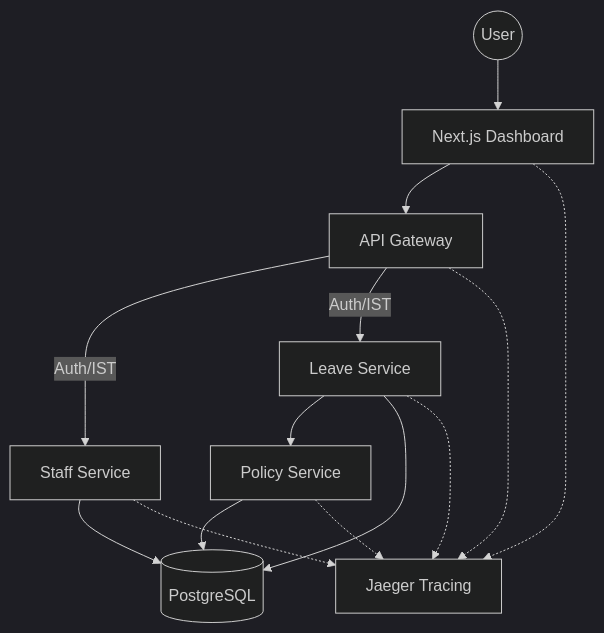
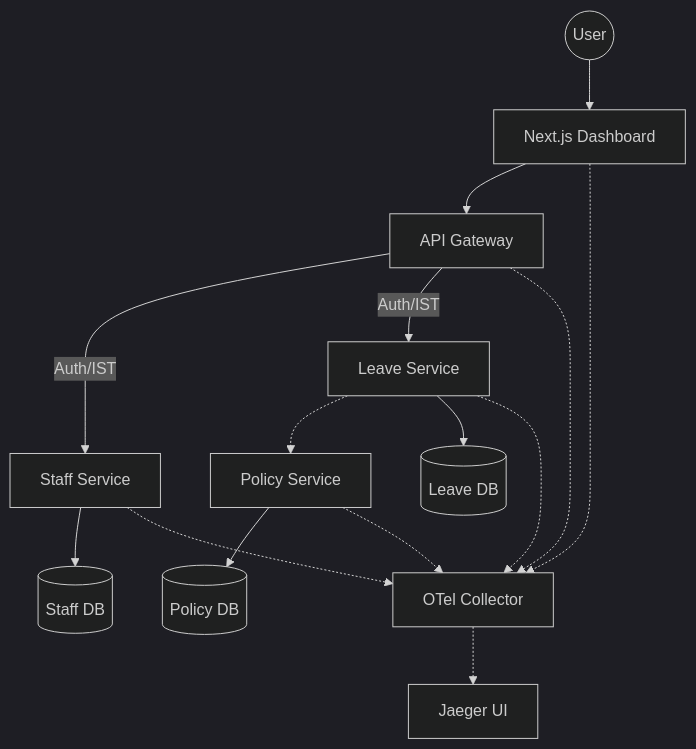
The diagram in README.md (democryst/leave-management), drawn with Mermaid (dark theme) before and after one commit. The commit also changed other lines of this file and 40 other files, not shown here.

````diff
--- a/README.md
+++ b/README.md
@@ -9,26 +16,31 @@
 ```mermaid
 graph TD
     User((User))
     Web[Next.js Dashboard]
     GW[API Gateway]
     Staff[Staff Service]
     Leave[Leave Service]
     Policy[Policy Service]
-    DB[(PostgreSQL)]
-    Jaeger[Jaeger Tracing]
+    DB1[(Staff DB)]
+    DB2[(Leave DB)]
+    DB3[(Policy DB)]
+    Collector[OTel Collector]
+    Jaeger[Jaeger UI]
 
     User --> Web
     Web --> GW
     GW -- Auth/IST --> Staff
     GW -- Auth/IST --> Leave
-    Leave --> Policy
-    Staff --> DB
-    Leave --> DB
-    Policy --> DB
+    Leave -.-> Policy
     
-    Web -.-> Jaeger
-    GW -.-> Jaeger
-    Staff -.-> Jaeger
-    Leave -.-> Jaeger
-    Policy -.-> Jaeger
+    Staff --> DB1
+    Leave --> DB2
+    Policy --> DB3
+    
+    Web -.-> Collector
+    GW -.-> Collector
+    Staff -.-> Collector
+    Leave -.-> Collector
+    Policy -.-> Collector
+    Collector -.-> Jaeger
 ```
````
